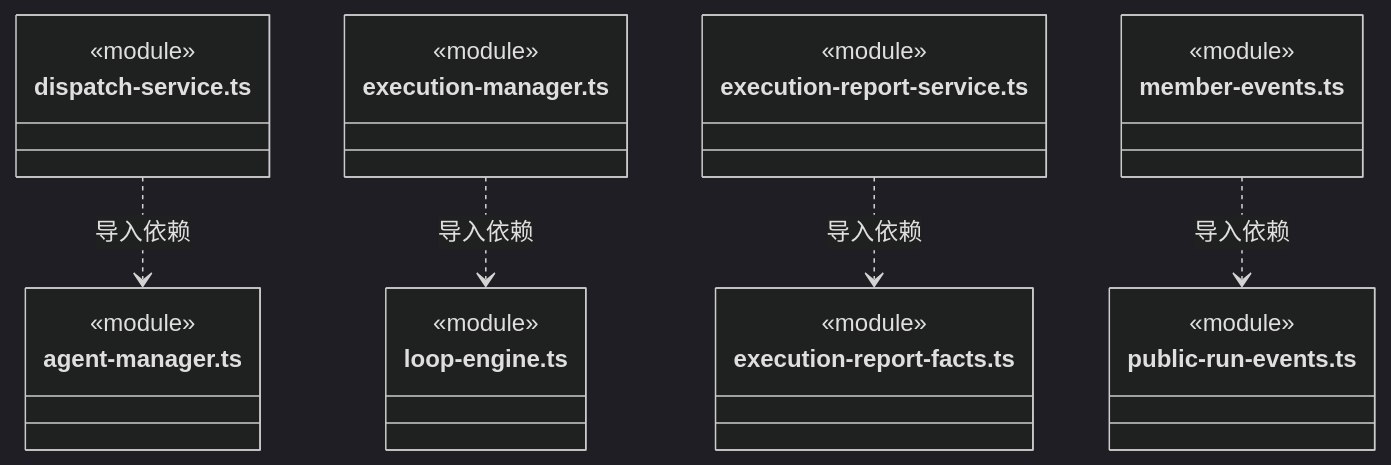
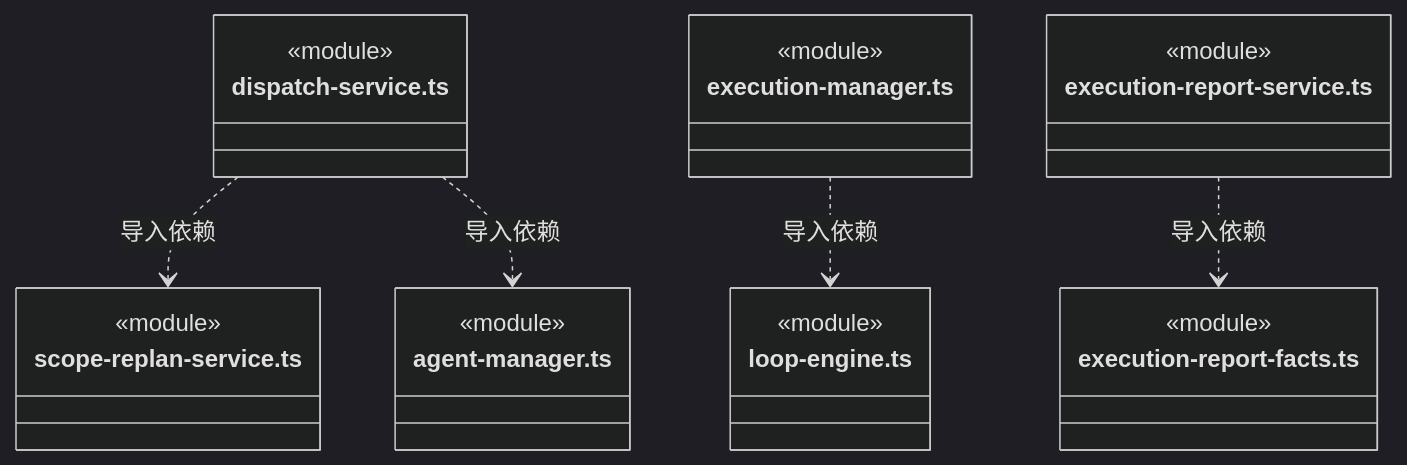
Before and after one commit to nan023062/cbim: diagram 32 of 38 in src/backend/scheduler-engine/execution/ARCHITECTURE.md, drawn with Mermaid (dark theme). The commit also changed other lines of this file and 53 other files, not shown here.

````diff
--- a/src/backend/scheduler-engine/execution/ARCHITECTURE.md
+++ b/src/backend/scheduler-engine/execution/ARCHITECTURE.md
@@ -833,31 +893,28 @@
 ```mermaid
 classDiagram
 class N_src_backend_scheduler_engine_execution_dispatch_service_ts["dispatch-service.ts"] {
+  <<module>>
+}
+class N_src_backend_scheduler_engine_execution_scope_replan_service_ts["scope-replan-service.ts"] {
   <<module>>
 }
 class N_src_backend_scheduler_engine_execution_agent_manager_ts["agent-manager.ts"] {
   <<module>>
 }
 class N_src_backend_scheduler_engine_execution_execution_manager_ts["execution-manager.ts"] {
   <<module>>
 }
 class N_src_backend_scheduler_engine_execution_loop_engine_ts["loop-engine.ts"] {
   <<module>>
 }
 class N_src_backend_scheduler_engine_execution_execution_report_service_ts["execution-report-service.ts"] {
   <<module>>
 }
 class N_src_backend_scheduler_engine_execution_execution_report_facts_ts["execution-report-facts.ts"] {
   <<module>>
 }
-class N_src_backend_scheduler_engine_execution_member_events_ts["member-events.ts"] {
-  <<module>>
-}
-class N_src_backend_scheduler_engine_execution_public_run_events_ts["public-run-events.ts"] {
-  <<module>>
-}
+N_src_backend_scheduler_engine_execution_dispatch_service_ts ..> N_src_backend_scheduler_engine_execution_scope_replan_service_ts : 导入依赖
 N_src_backend_scheduler_engine_execution_dispatch_service_ts ..> N_src_backend_scheduler_engine_execution_agent_manager_ts : 导入依赖
 N_src_backend_scheduler_engine_execution_execution_manager_ts ..> N_src_backend_scheduler_engine_execution_loop_engine_ts : 导入依赖
 N_src_backend_scheduler_engine_execution_execution_report_service_ts ..> N_src_backend_scheduler_engine_execution_execution_report_facts_ts : 导入依赖
-N_src_backend_scheduler_engine_execution_member_events_ts ..> N_src_backend_scheduler_engine_execution_public_run_events_ts : 导入依赖
 ```
````
